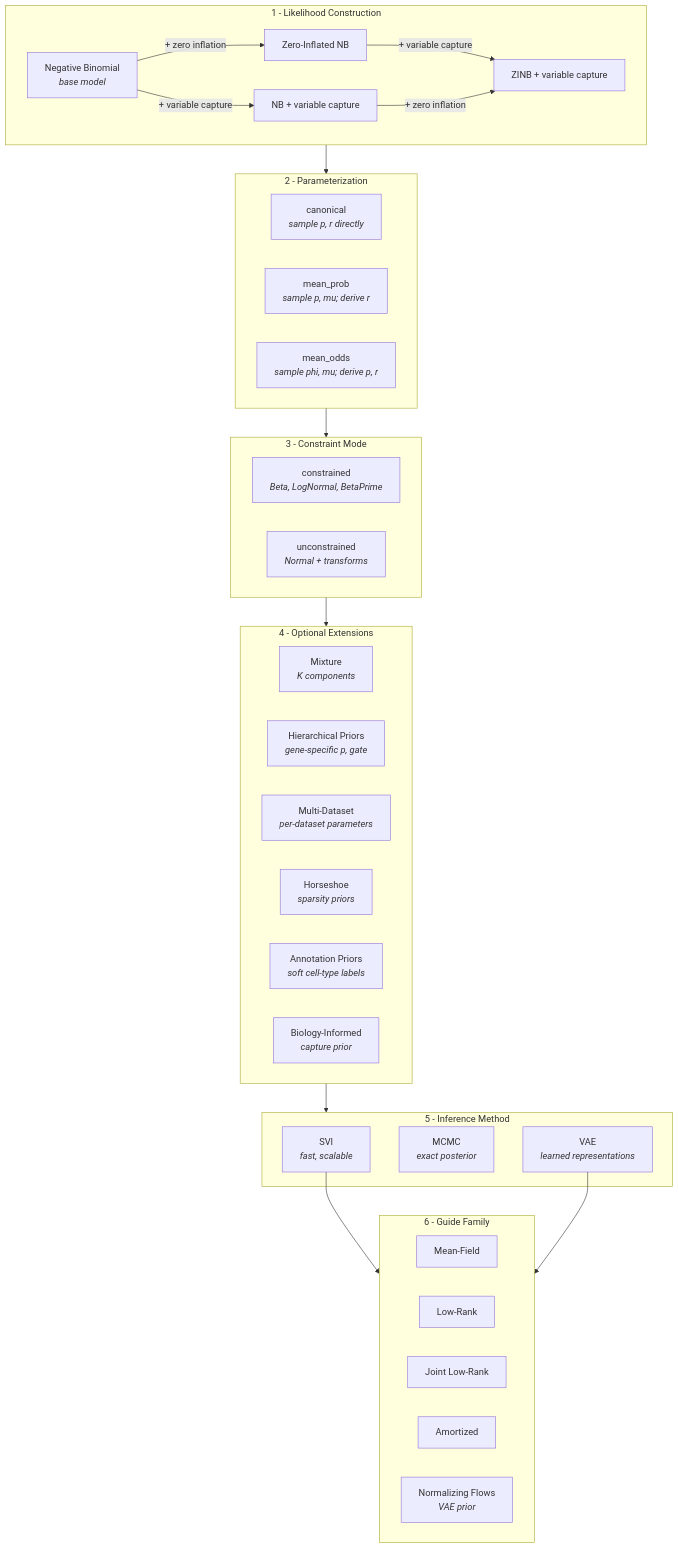
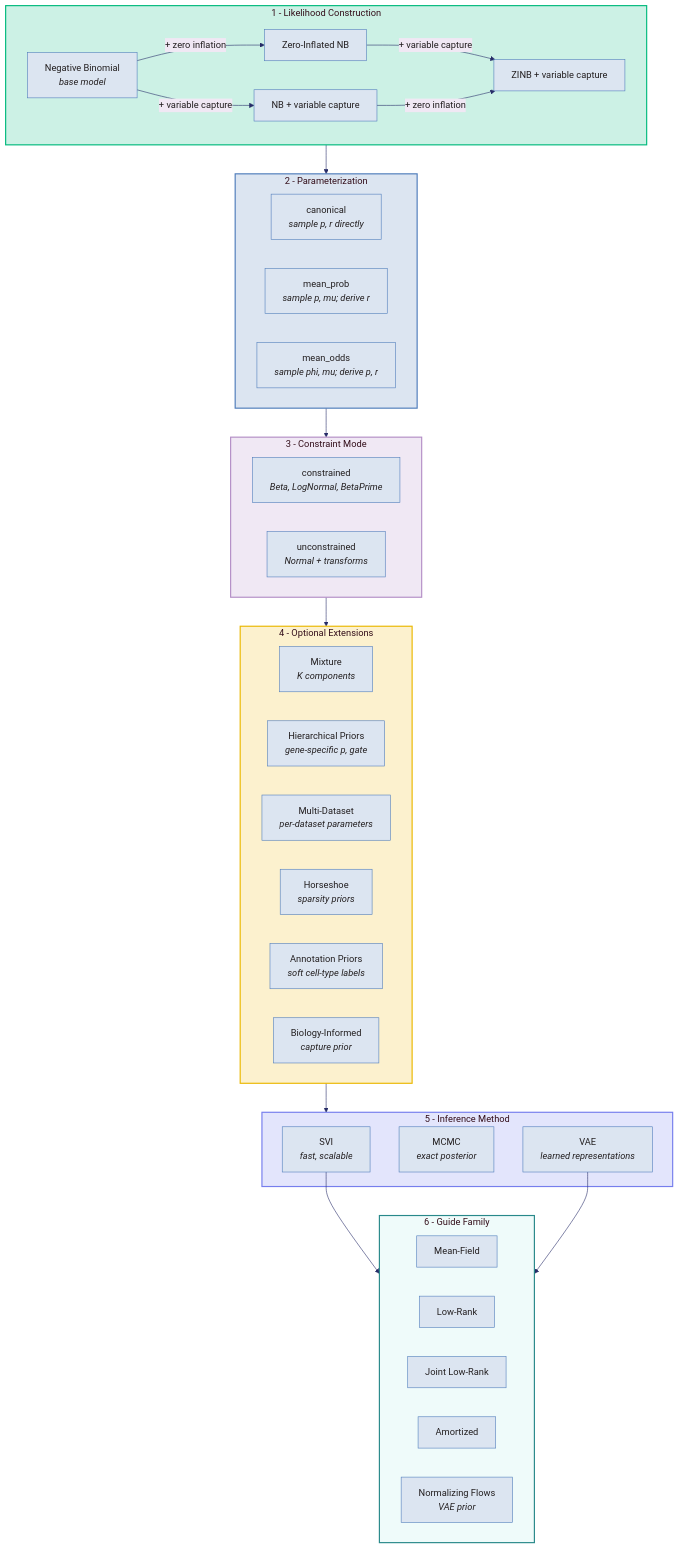
The diagram in docs/index.md (mrazomej/scribe), drawn with Mermaid before and after one commit. The commit also changed 2 other files, not shown here.

Commit message:
Update MkDocs configuration and add custom brand styling
This commit modifies the MkDocs configuration to use custom color schemes for both light and dark modes, replacing the default colors with a tailored palette. Additionally, it introduces a new CSS file for brand-specific styling, which includes overrides for primary and accent colors, as well as styles for various UI components and admonitions. These changes aim to enhance the visual consistency and branding of the documentation.

````diff
--- a/docs/index.md
+++ b/docs/index.md
@@ -110,54 +110,63 @@
 ```mermaid
+%%{init: {'theme': 'base', 'themeVariables': {'primaryColor': '#dce5f1', 'primaryTextColor': '#231f20', 'primaryBorderColor': '#4f7cbb', 'lineColor': '#272C68', 'secondaryColor': '#f0e8f4', 'tertiaryColor': '#ccf1e5'}}}%%
 graph TD
     subgraph likelihood ["1 - Likelihood Construction"]
         NB["Negative Binomial<br/><i>base model</i>"]
         ZINB["Zero-Inflated NB"]
         NBcapture["NB + variable capture"]
         ZINBcapture["ZINB + variable capture"]
         NB -->|"+ zero inflation"| ZINB
         NB -->|"+ variable capture"| NBcapture
         ZINB -->|"+ variable capture"| ZINBcapture
         NBcapture -->|"+ zero inflation"| ZINBcapture
     end
 
     subgraph parameterization ["2 - Parameterization"]
         canonical["canonical<br/><i>sample p, r directly</i>"]
         meanProbs["mean_prob<br/><i>sample p, mu; derive r</i>"]
         meanOdds["mean_odds<br/><i>sample phi, mu; derive p, r</i>"]
     end
 
     subgraph constraint ["3 - Constraint Mode"]
         constrained["constrained<br/><i>Beta, LogNormal, BetaPrime</i>"]
         unconstr["unconstrained<br/><i>Normal + transforms</i>"]
     end
 
     subgraph extensions ["4 - Optional Extensions"]
         mixture["Mixture<br/><i>K components</i>"]
         hierarchical["Hierarchical Priors<br/><i>gene-specific p, gate</i>"]
         multiDataset["Multi-Dataset<br/><i>per-dataset parameters</i>"]
         horseshoe["Horseshoe<br/><i>sparsity priors</i>"]
         annotationPrior["Annotation Priors<br/><i>soft cell-type labels</i>"]
         bioCap["Biology-Informed<br/><i>capture prior</i>"]
     end
 
     subgraph infer ["5 - Inference Method"]
         SVI_node["SVI<br/><i>fast, scalable</i>"]
         MCMC_node["MCMC<br/><i>exact posterior</i>"]
         VAE_node["VAE<br/><i>learned representations</i>"]
     end
 
     subgraph guide ["6 - Guide Family"]
         meanField["Mean-Field"]
         lowRank["Low-Rank"]
         jointLowRank["Joint Low-Rank"]
         amortized["Amortized"]
         flows["Normalizing Flows<br/><i>VAE prior</i>"]
     end
 
     likelihood --> parameterization
     parameterization --> constraint
     constraint --> extensions
     extensions --> infer
     SVI_node --> guide
     VAE_node --> guide
+
+    %% Brand color styling for subgraphs
+    style likelihood fill:#ccf1e5,stroke:#00b97c,stroke-width:2px
+    style parameterization fill:#dce5f1,stroke:#4f7cbb,stroke-width:2px
+    style constraint fill:#f0e8f4,stroke:#b48ec6,stroke-width:2px
+    style extensions fill:#fcf1ce,stroke:#ebb800,stroke-width:2px
+    style infer fill:#e3e5fc,stroke:#767eed,stroke-width:2px
+    style guide fill:#effbfa,stroke:#28898A,stroke-width:2px
 ```
````
